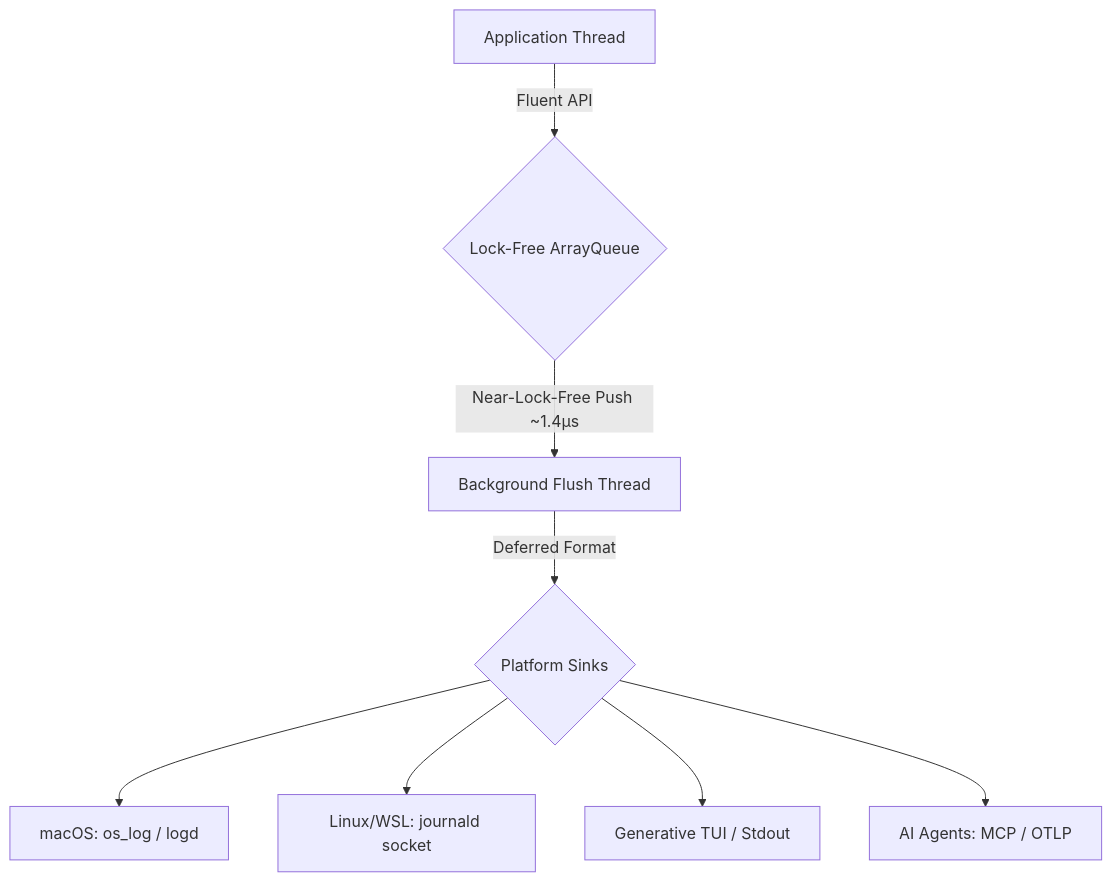
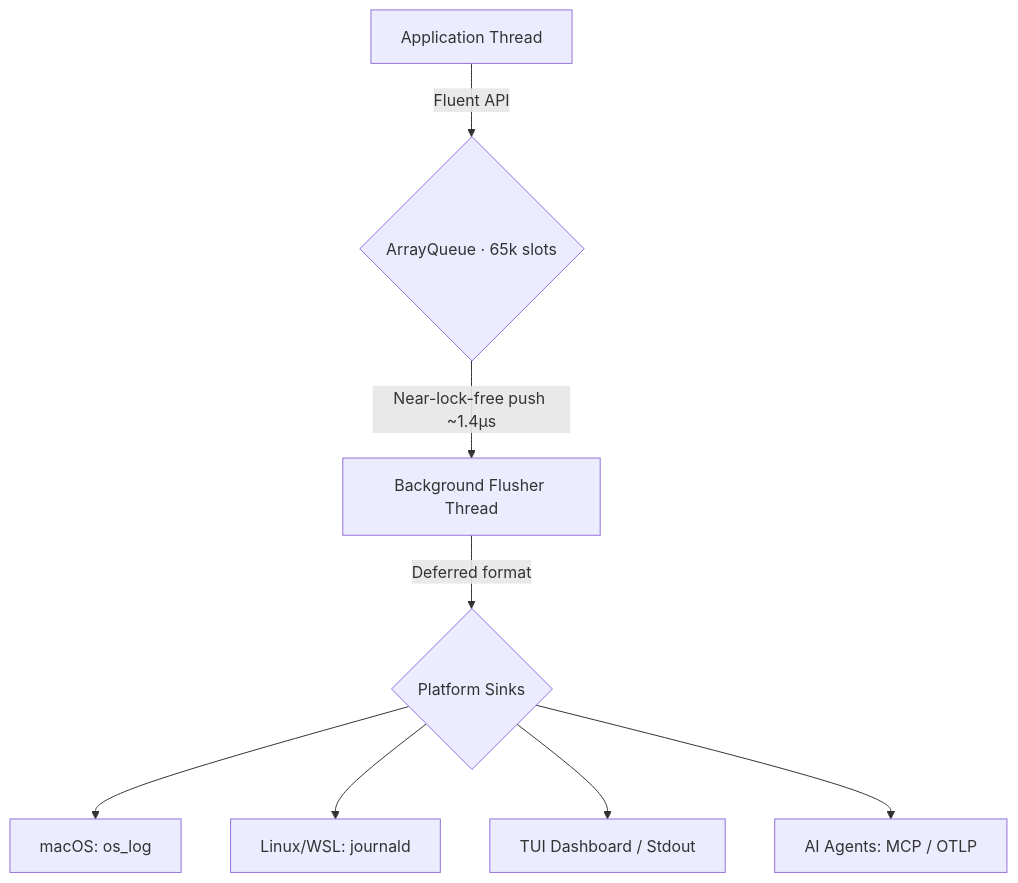
Before and after one commit to sebastienrousseau/rlg: the diagram in README.md, drawn with Mermaid. The commit also changed other lines of this file and 13 other files, not shown here.

````diff
--- a/README.md
+++ b/README.md
@@ -61,10 +52,10 @@
 ```mermaid
 graph TD
-    A[Application Thread] -->|Fluent API| B{Lock-Free ArrayQueue}
-    B -->|Near-Lock-Free Push ~1.4µs| C[Background Flush Thread]
-    C -->|Deferred Format| D{Platform Sinks}
-    D --> E[macOS: os_log / logd]
-    D --> F[Linux/WSL: journald socket]
-    D --> G[Generative TUI / Stdout]
+    A[Application Thread] -->|Fluent API| B{ArrayQueue · 65k slots}
+    B -->|Near-lock-free push ~1.4µs| C[Background Flusher Thread]
+    C -->|Deferred format| D{Platform Sinks}
+    D --> E[macOS: os_log]
+    D --> F[Linux/WSL: journald]
+    D --> G[TUI Dashboard / Stdout]
     D --> H[AI Agents: MCP / OTLP]
 ```
````
